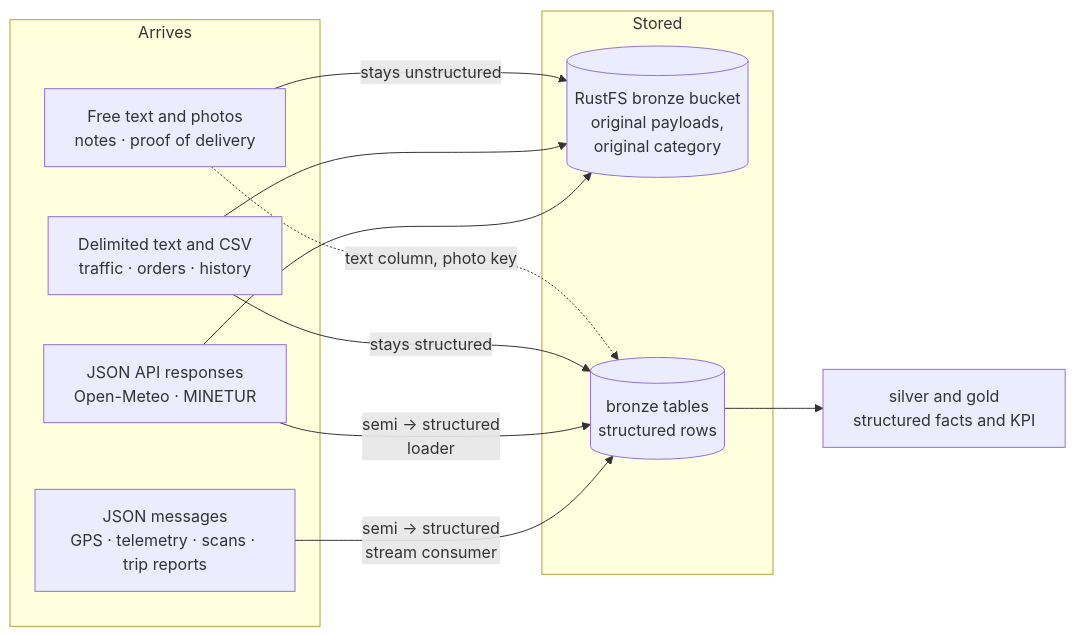
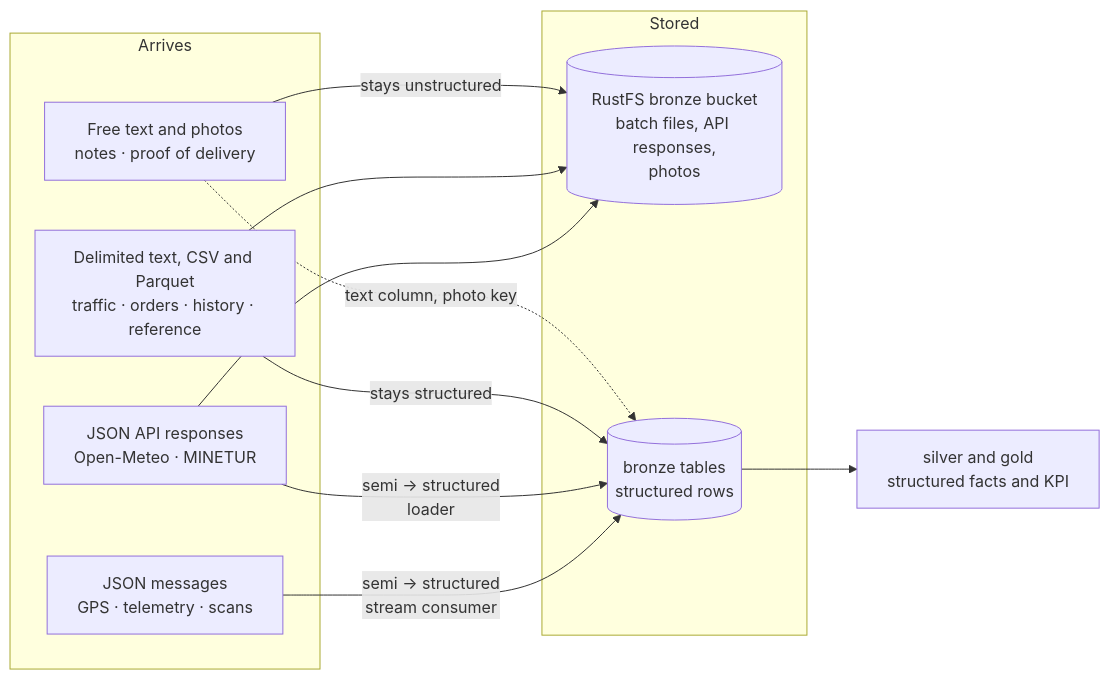
One commit to RogerTito455/datacycle-logistics-route-optimization changed the diagram in docs/phases/2-classification.md. Above: the diagram before and after it, drawn with Mermaid. The commit also changed other lines of this file, not shown here.

````diff
--- a/docs/phases/2-classification.md
+++ b/docs/phases/2-classification.md
@@ -274,21 +352,21 @@
 ```mermaid
 flowchart LR
   subgraph Arrives
-    J["JSON messages<br/>GPS · telemetry · scans · trip reports"]
+    J["JSON messages<br/>GPS · telemetry · scans"]
     A["JSON API responses<br/>Open-Meteo · MINETUR"]
-    T["Delimited text and CSV<br/>traffic · orders · history"]
+    T["Delimited text, CSV and Parquet<br/>traffic · orders · history · reference"]
     N["Free text and photos<br/>notes · proof of delivery"]
   end
   subgraph Stored
-    S3[("RustFS bronze bucket<br/>original payloads,<br/>original category")]
+    S3[("RustFS bronze bucket<br/>batch files, API responses,<br/>photos")]
     BR[("bronze tables<br/>structured rows")]
   end
   J -- "semi → structured<br/>stream consumer" --> BR
   A -- "semi → structured<br/>loader" --> BR
   A --> S3
   T -- "stays structured" --> BR
   T --> S3
   N -- "stays unstructured" --> S3
   N -. "text column, photo key" .-> BR
   BR --> SV["silver and gold<br/>structured facts and KPI"]
 ```
````
